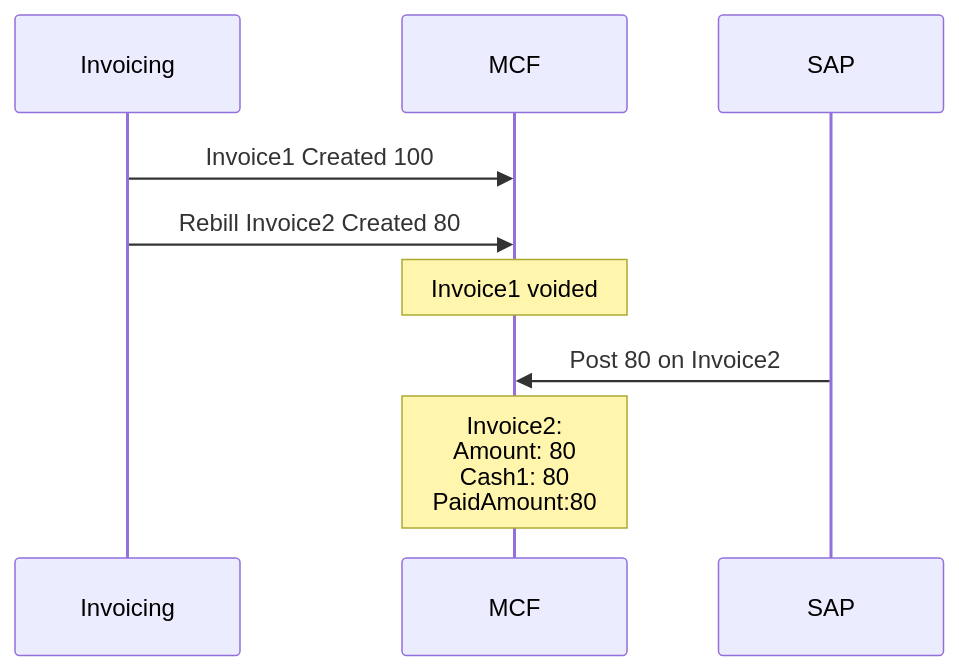
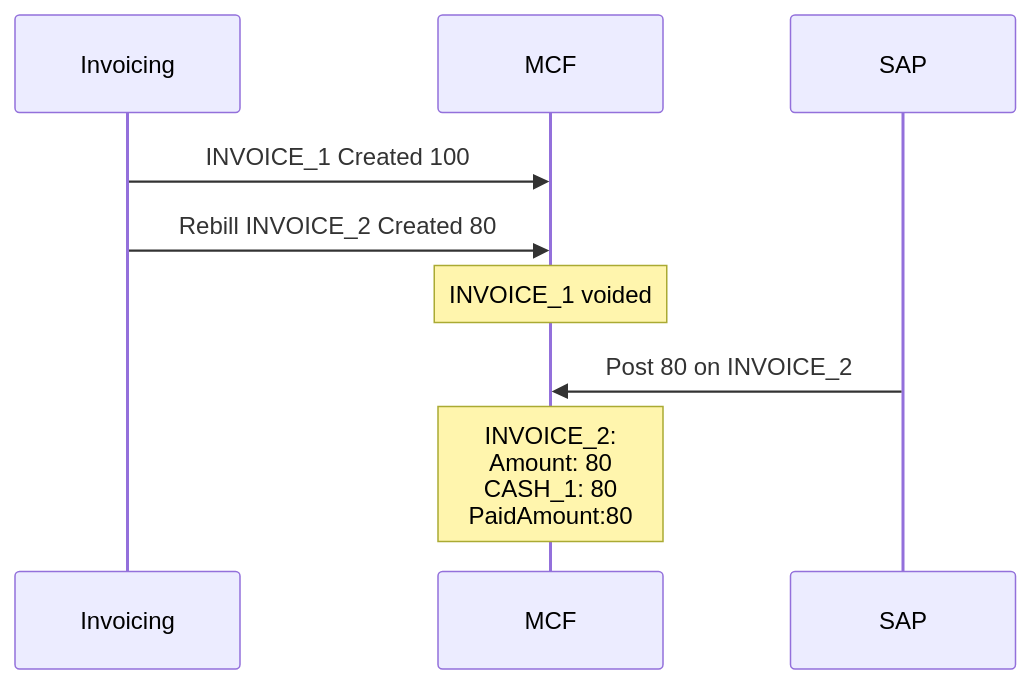
Before and after one commit to vikramsinha/test1: the tenth of 17 diagrams in MCF-SAP Scenarios.md, drawn with Mermaid. The commit also changed other lines of this file, not shown here.

Commit message:
Update MCF-SAP Scenarios.md

````diff
--- a/MCF-SAP Scenarios.md
+++ b/MCF-SAP Scenarios.md
@@ -139,12 +193,12 @@
 ```mermaid
 %%{init: {'theme': 'default'} }%%
 sequenceDiagram
     participant Invoicing
     participant MCF
     participant SAP
-    Invoicing->>MCF: Invoice1 Created 100    
-    Invoicing->>MCF: Rebill Invoice2 Created 80
-    Note over MCF: Invoice1 voided
-    SAP->>MCF: Post 80 on Invoice2
-    Note over MCF: Invoice2:<br/>Amount: 80<br/>Cash1: 80<br/>PaidAmount:80
+    Invoicing->>MCF: INVOICE_1 Created 100    
+    Invoicing->>MCF: Rebill INVOICE_2 Created 80
+    Note over MCF: INVOICE_1 voided
+    SAP->>MCF: Post 80 on INVOICE_2
+    Note over MCF: INVOICE_2:<br/>Amount: 80<br/>CASH_1: 80<br/>PaidAmount:80
 ```
````
